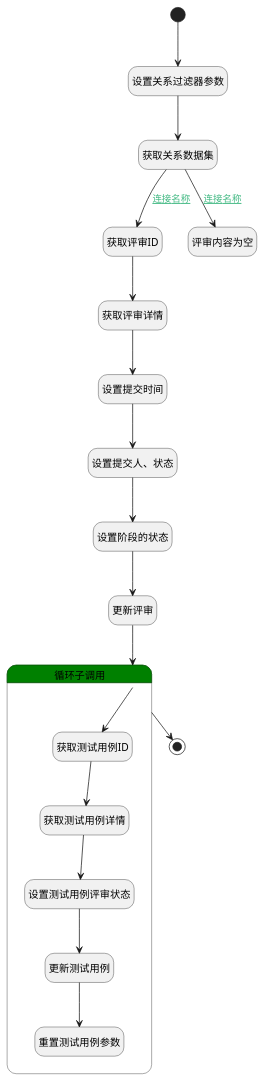
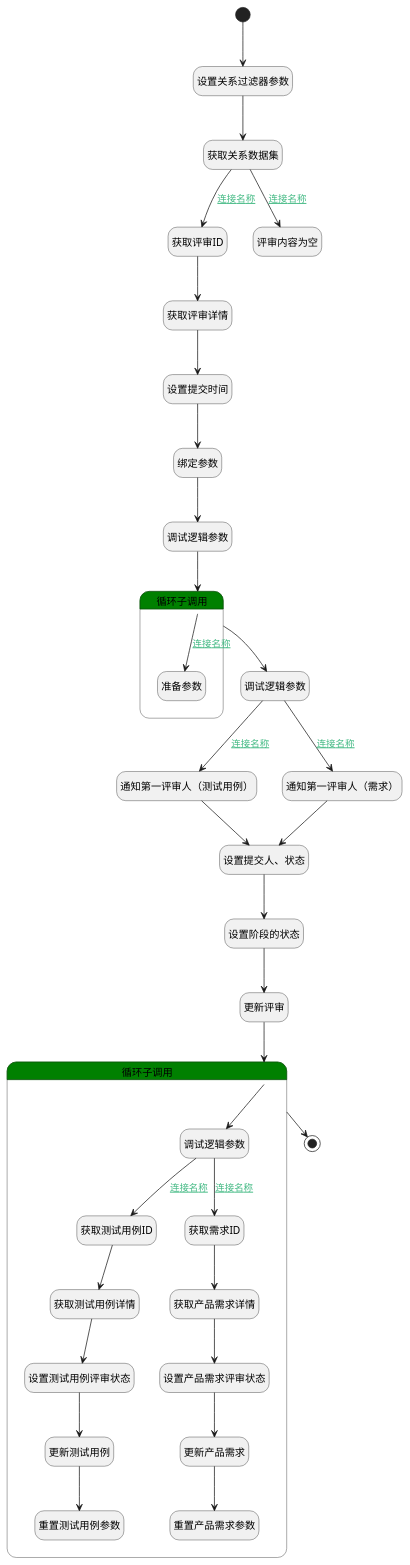
One commit to iBizLab/plm changed the diagram in doc/docsify/module/TestMgmt/review_content/logic/submit_review.md. Above: the diagram before and after it, drawn with PlantUML. The commit also changed other lines of this file and 799 other files, not shown here.

````diff
--- a/doc/docsify/module/TestMgmt/review_content/logic/submit_review.md
+++ b/doc/docsify/module/TestMgmt/review_content/logic/submit_review.md
@@ -7,50 +7,78 @@
 ```plantuml
 @startuml
 hide empty description
 <style>
 root {
   HyperlinkColor #42b983
 }
 </style>
 
 hide empty description
 state "开始" as Begin <<start>> [[$./submit_review#begin {"开始"}]]
+state "绑定参数" as BINDPARAM1  [[$./submit_review#bindparam1 {"绑定参数"}]]
+state "通知第一评审人（测试用例）" as DENOTIFY2  [[$./submit_review#denotify2 {"通知第一评审人（测试用例）"}]]
 state "获取评审详情" as DEACTION4  [[$./submit_review#deaction4 {"获取评审详情"}]]
 state "设置提交时间" as RAWSFCODE1  [[$./submit_review#rawsfcode1 {"设置提交时间"}]]
+state "调试逻辑参数" as DEBUGPARAM3  [[$./submit_review#debugparam3 {"调试逻辑参数"}]]
 state "设置提交人、状态" as PREPAREPARAM1  [[$./submit_review#prepareparam1 {"设置提交人、状态"}]]
+state "设置关系过滤器参数" as PREPAREPARAM3  [[$./submit_review#prepareparam3 {"设置关系过滤器参数"}]]
+state "通知第一评审人（需求）" as DENOTIFY1  [[$./submit_review#denotify1 {"通知第一评审人（需求）"}]]
+state "获取关系数据集" as DEDATASET1  [[$./submit_review#dedataset1 {"获取关系数据集"}]]
 state "设置阶段的状态" as PREPAREPARAM2  [[$./submit_review#prepareparam2 {"设置阶段的状态"}]]
-state "设置关系过滤器参数" as PREPAREPARAM3  [[$./submit_review#prepareparam3 {"设置关系过滤器参数"}]]
+state "获取评审ID" as PREPAREPARAM6  [[$./submit_review#prepareparam6 {"获取评审ID"}]]
 state "更新评审" as DEACTION1  [[$./submit_review#deaction1 {"更新评审"}]]
-state "获取关系数据集" as DEDATASET1  [[$./submit_review#dedataset1 {"获取关系数据集"}]]
-state "获取评审ID" as PREPAREPARAM6  [[$./submit_review#prepareparam6 {"获取评审ID"}]]
+state "调试逻辑参数" as DEBUGPARAM2  [[$./submit_review#debugparam2 {"调试逻辑参数"}]]
+state "评审内容为空" as THROWEXCEPTION1  [[$./submit_review#throwexception1 {"评审内容为空"}]]
 state "结束" as END1 <<end>> [[$./submit_review#end1 {"结束"}]]
-state "评审内容为空" as THROWEXCEPTION1  [[$./submit_review#throwexception1 {"评审内容为空"}]]
+state "循环子调用" as LOOPSUBCALL2  [[$./submit_review#loopsubcall2 {"循环子调用"}]] #green {
+state "准备参数" as PREPAREPARAM9  [[$./submit_review#prepareparam9 {"准备参数"}]]
+}
 state "循环子调用" as LOOPSUBCALL1  [[$./submit_review#loopsubcall1 {"循环子调用"}]] #green {
+state "调试逻辑参数" as DEBUGPARAM1  [[$./submit_review#debugparam1 {"调试逻辑参数"}]]
 state "获取测试用例ID" as PREPAREPARAM4  [[$./submit_review#prepareparam4 {"获取测试用例ID"}]]
 state "获取测试用例详情" as DEACTION2  [[$./submit_review#deaction2 {"获取测试用例详情"}]]
 state "设置测试用例评审状态" as PREPAREPARAM5  [[$./submit_review#prepareparam5 {"设置测试用例评审状态"}]]
 state "更新测试用例" as DEACTION3  [[$./submit_review#deaction3 {"更新测试用例"}]]
 state "重置测试用例参数" as RESETPARAM1  [[$./submit_review#resetparam1 {"重置测试用例参数"}]]
+state "获取需求ID" as PREPAREPARAM7  [[$./submit_review#prepareparam7 {"获取需求ID"}]]
+state "获取产品需求详情" as DEACTION5  [[$./submit_review#deaction5 {"获取产品需求详情"}]]
+state "设置产品需求评审状态" as PREPAREPARAM8  [[$./submit_review#prepareparam8 {"设置产品需求评审状态"}]]
+state "更新产品需求" as DEACTION6  [[$./submit_review#deaction6 {"更新产品需求"}]]
+state "重置产品需求参数" as RESETPARAM2  [[$./submit_review#resetparam2 {"重置产品需求参数"}]]
 }
 
 
 Begin --> PREPAREPARAM3
 PREPAREPARAM3 --> DEDATASET1
 DEDATASET1 --> PREPAREPARAM6 : [[$./submit_review#dedataset1-prepareparam6{连接名称} 连接名称]]
 PREPAREPARAM6 --> DEACTION4
 DEACTION4 --> RAWSFCODE1
-RAWSFCODE1 --> PREPAREPARAM1
+RAWSFCODE1 --> BINDPARAM1
+BINDPARAM1 --> DEBUGPARAM2
+DEBUGPARAM2 --> LOOPSUBCALL2
+LOOPSUBCALL2 --> PREPAREPARAM9 : [[$./submit_review#loopsubcall2-prepareparam9{连接名称} 连接名称]]
+LOOPSUBCALL2 --> DEBUGPARAM3
+DEBUGPARAM3 --> DENOTIFY1 : [[$./submit_review#debugparam3-denotify1{连接名称} 连接名称]]
+DENOTIFY1 --> PREPAREPARAM1
 PREPAREPARAM1 --> PREPAREPARAM2
 PREPAREPARAM2 --> DEACTION1
 DEACTION1 --> LOOPSUBCALL1
-LOOPSUBCALL1 --> PREPAREPARAM4
+LOOPSUBCALL1 --> DEBUGPARAM1
+DEBUGPARAM1 --> PREPAREPARAM4 : [[$./submit_review#debugparam1-prepareparam4{连接名称} 连接名称]]
 PREPAREPARAM4 --> DEACTION2
 DEACTION2 --> PREPAREPARAM5
 PREPAREPARAM5 --> DEACTION3
 DEACTION3 --> RESETPARAM1
+DEBUGPARAM1 --> PREPAREPARAM7 : [[$./submit_review#debugparam1-prepareparam7{连接名称} 连接名称]]
+PREPAREPARAM7 --> DEACTION5
+DEACTION5 --> PREPAREPARAM8
+PREPAREPARAM8 --> DEACTION6
+DEACTION6 --> RESETPARAM2
 LOOPSUBCALL1 --> END1
+DEBUGPARAM3 --> DENOTIFY2 : [[$./submit_review#debugparam3-denotify2{连接名称} 连接名称]]
+DENOTIFY2 --> PREPAREPARAM1
 DEDATASET1 --> THROWEXCEPTION1 : [[$./submit_review#dedataset1-throwexception1{连接名称} 连接名称]]
 
 
 @enduml
 ```
````
